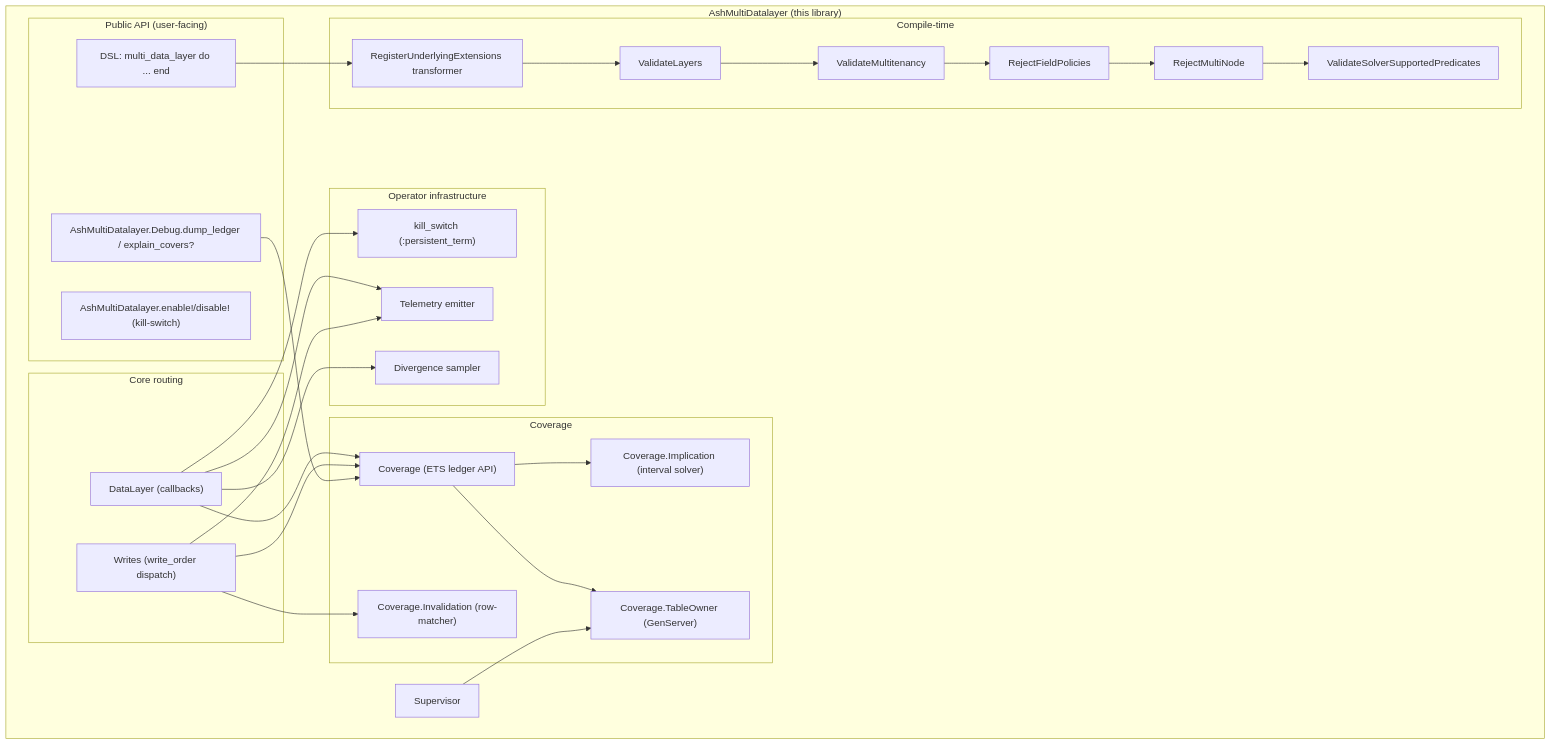
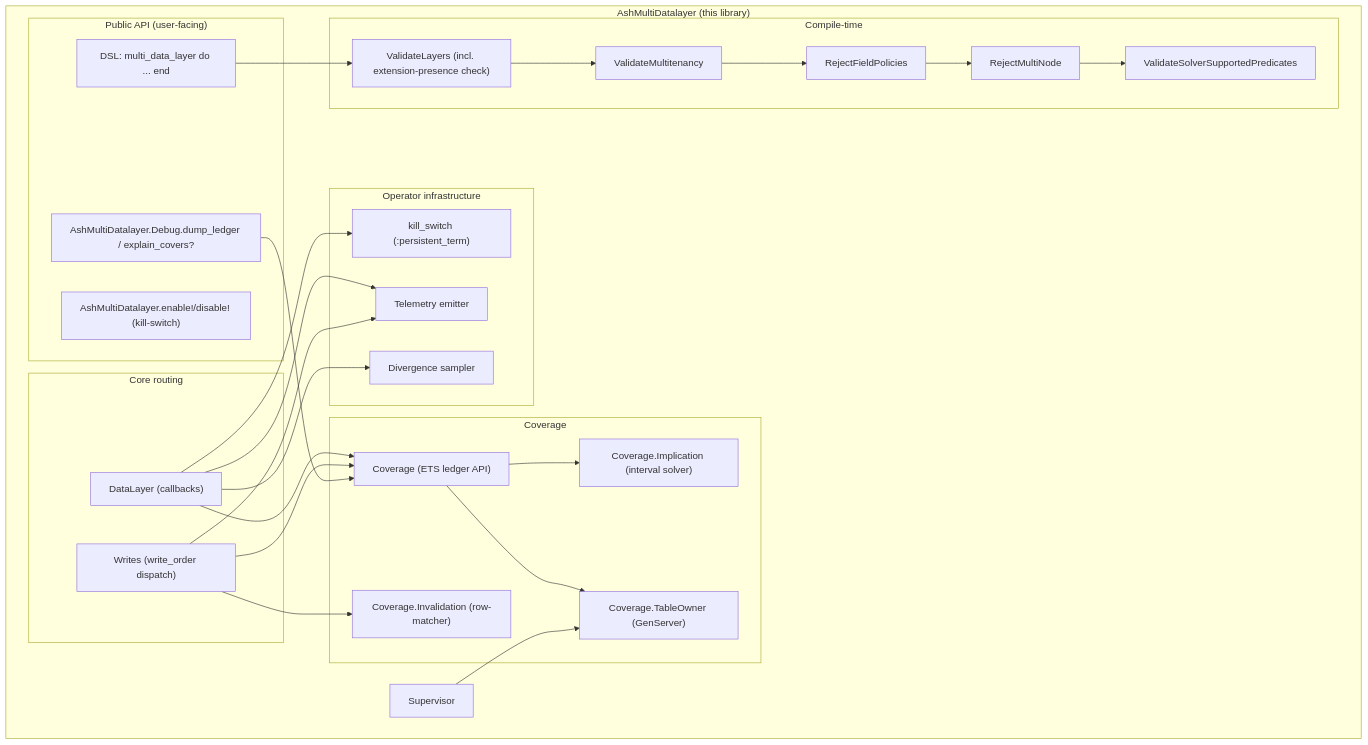
The second of 6 diagrams in docs/technical/ash-multi-datalayer.md (barnabasJ/ash_multi_datalayer), drawn with Mermaid before and after one commit. The commit also changed other lines of this file and 13 other files, not shown here.

````diff
--- a/docs/technical/ash-multi-datalayer.md
+++ b/docs/technical/ash-multi-datalayer.md
@@ -126,53 +150,51 @@
 ```mermaid
 flowchart TD
   subgraph Boundary["AshMultiDatalayer (this library)"]
     subgraph Public["Public API (user-facing)"]
       DSL["DSL: multi_data_layer do ... end"]
       API["AshMultiDatalayer.enable!/disable! (kill-switch)"]
       Debug["AshMultiDatalayer.Debug.dump_ledger / explain_covers?"]
     end
 
     subgraph Core["Core routing"]
       DL["DataLayer (callbacks)"]
       Writes["Writes (write_order dispatch)"]
     end
 
     subgraph Cov["Coverage"]
       Ledger["Coverage (ETS ledger API)"]
       Impl["Coverage.Implication (interval solver)"]
       Inv["Coverage.Invalidation (row-matcher)"]
       Owner["Coverage.TableOwner (GenServer)"]
     end
 
     subgraph Ops["Operator infrastructure"]
       KS["kill_switch (:persistent_term)"]
       Tel["Telemetry emitter"]
       Samp["Divergence sampler"]
     end
 
     subgraph Compile["Compile-time"]
-      Tr["RegisterUnderlyingExtensions transformer"]
-      V1["ValidateLayers"]
+      V1["ValidateLayers (incl. extension-presence check)"]
       V2["ValidateMultitenancy"]
       V3["RejectFieldPolicies"]
       V4["RejectMultiNode"]
       V5["ValidateSolverSupportedPredicates"]
     end
 
     Sup["Supervisor"]
   end
 
-  DSL --> Tr
-  Tr --> V1 --> V2 --> V3 --> V4 --> V5
+  DSL --> V1 --> V2 --> V3 --> V4 --> V5
   DL --> KS
   DL --> Ledger
   DL --> Tel
   DL --> Samp
   Writes --> Inv
   Writes --> Ledger
   Writes --> Tel
   Ledger --> Impl
   Ledger --> Owner
   Sup --> Owner
   Debug --> Ledger
 ```
````
